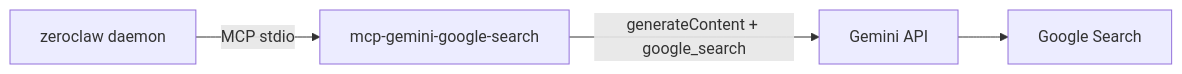
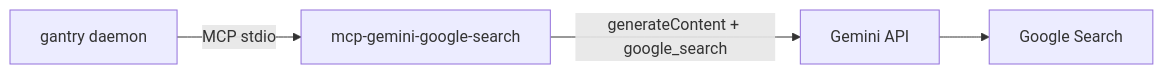
The diagram in docs/web-search.md (shotah/zeroclaw_scripts), drawn with Mermaid before and after one commit. The commit also changed other lines of this file and 33 other files, not shown here.

````diff
--- a/docs/web-search.md
+++ b/docs/web-search.md
@@ -9,6 +10,6 @@
 ```mermaid
 flowchart LR
-  ZC[zeroclaw daemon] -->|MCP stdio| GS["mcp-gemini-google-search"]
+  GN[gantry daemon] -->|MCP stdio| GS["mcp-gemini-google-search"]
   GS -->|generateContent + google_search| G[Gemini API]
   G --> Web[Google Search]
 ```
````
